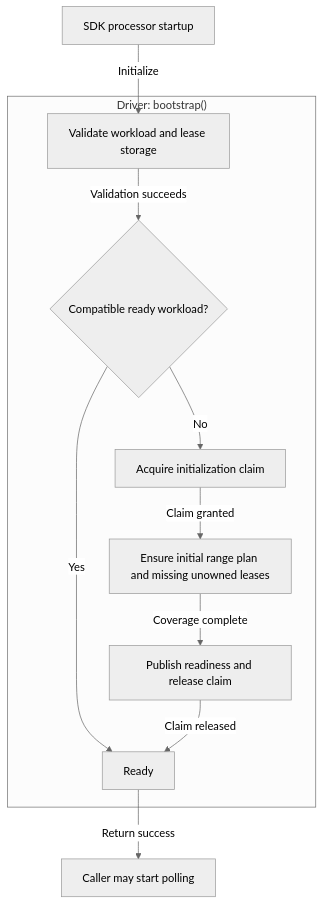
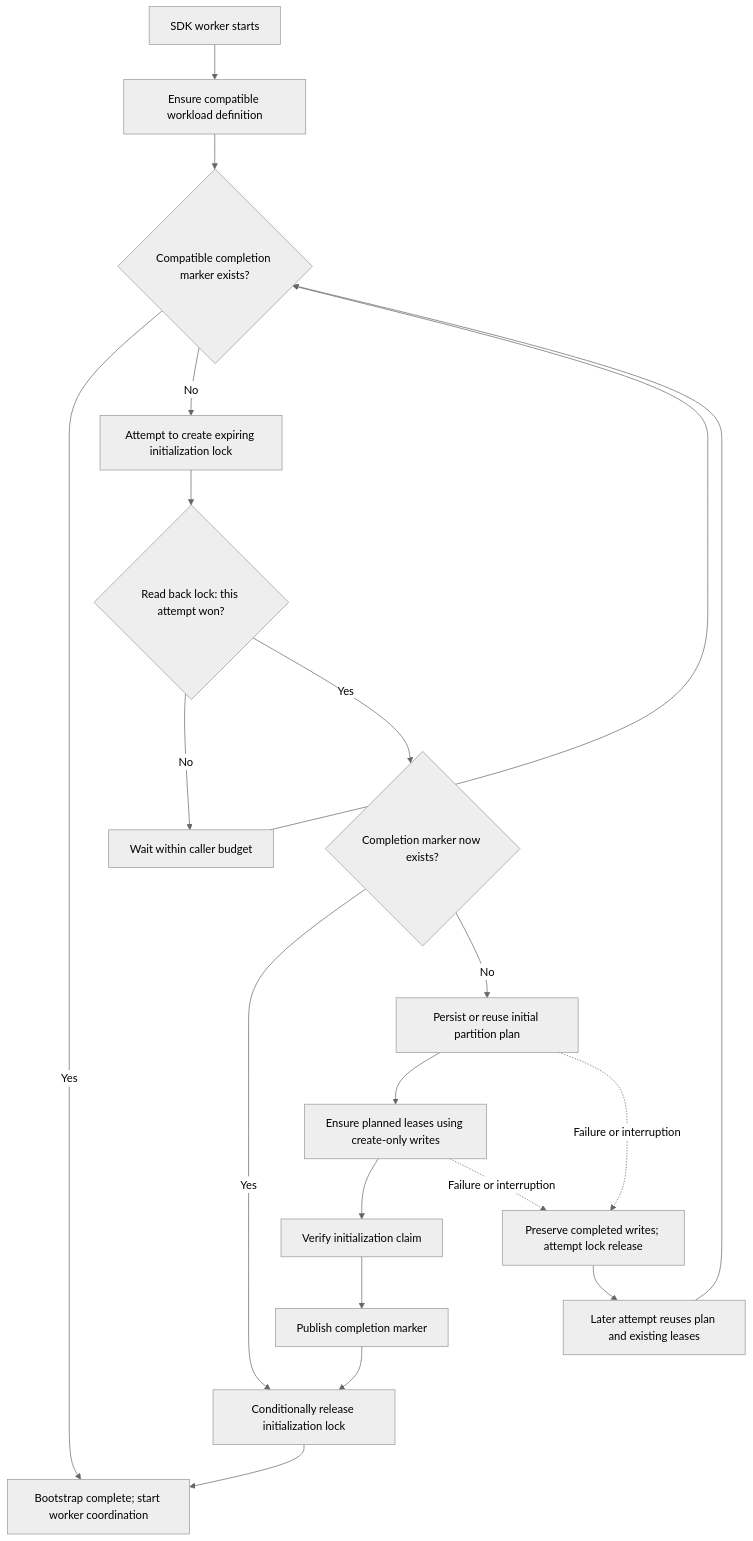
The second of 5 diagrams in sdk/cosmos/docs/specs/0030-change-feed-processor.md (Azure/azure-sdk-for-rust), drawn with Mermaid (neutral theme) before and after one commit. The commit also changed other lines of this file and 48 other files, not shown here.

````diff
--- a/sdk/cosmos/docs/specs/0030-change-feed-processor.md
+++ b/sdk/cosmos/docs/specs/0030-change-feed-processor.md
@@ -672,13 +349,22 @@
 ```mermaid
 flowchart TD
-    Caller["SDK processor startup"] -->|Initialize| Validate
-    subgraph Bootstrapper["Driver: bootstrap()"]
-        Validate["Validate workload and lease storage"] -->|Validation succeeds| Ready{"Compatible ready workload?"}
-        Ready -->|Yes| Done["Ready"]
-        Ready -->|No| Claim["Acquire initialization claim"]
-        Claim -->|Claim granted| Ensure["Ensure initial range plan and missing unowned leases"]
-        Ensure -->|Coverage complete| Complete["Publish readiness and release claim"]
-        Complete -->|Claim released| Done
-    end
-    Done -->|Return success| CallerReady["Caller may start polling"]
+    Start["SDK worker starts"] --> Definition["Ensure compatible workload definition"]
+    Definition --> Ready{"Compatible completion marker exists?"}
+    Ready -->|Yes| Done["Bootstrap complete; start worker coordination"]
+    Ready -->|No| Claim["Attempt to create expiring initialization lock"]
+    Claim --> Won{"Read back lock: this attempt won?"}
+    Won -->|No| Wait["Wait within caller budget"]
+    Wait --> Ready
+    Won -->|Yes| Recheck{"Completion marker now exists?"}
+    Recheck -->|Yes| Release["Conditionally release initialization lock"]
+    Recheck -->|No| Plan["Persist or reuse initial partition plan"]
+    Plan --> Leases["Ensure planned leases using create-only writes"]
+    Leases --> ClaimCheck["Verify initialization claim"]
+    ClaimCheck --> Publish["Publish completion marker"]
+    Publish --> Release
+    Release --> Done
+    Plan -.->|Failure or interruption| Partial["Preserve completed writes; attempt lock release"]
+    Leases -.->|Failure or interruption| Partial
+    Partial --> Retry["Later attempt reuses plan and existing leases"]
+    Retry --> Ready
 ```
````
